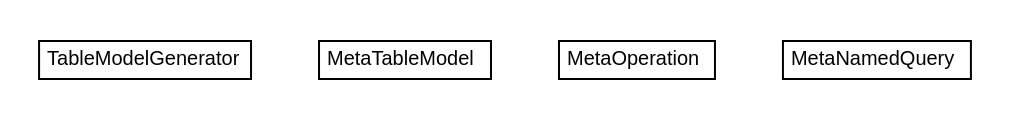
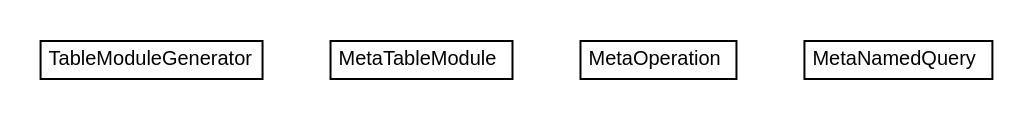
The diagram in apidocs/net/trajano/apt/jpa/internal/net.trajano.apt.jpa.internal.dot (trajano/jpa-apt), drawn with Graphviz before and after one commit. The commit also changed 71 other files, not shown here.

```diff
--- a/apidocs/net/trajano/apt/jpa/internal/net.trajano.apt.jpa.internal.dot
+++ b/apidocs/net/trajano/apt/jpa/internal/net.trajano.apt.jpa.internal.dot
@@ -1,36 +1,36 @@
 #!/usr/local/bin/dot
 #
 # Class diagram 
 # Generated by UMLGraph version R5_6-24-gf6e263 (http://www.umlgraph.org/)
 #
 
 digraph G {
 	edge [fontname="arial",fontsize=10,labelfontname="arial",labelfontsize=10];
 	node [fontname="arial",fontsize=10,shape=plaintext];
 	nodesep=0.25;
 	ranksep=0.5;
-	// net.trajano.apt.jpa.internal.TableModelGenerator
-	c6 [label=<<table title="net.trajano.apt.jpa.internal.TableModelGenerator" border="0" cellborder="1" cellspacing="0" cellpadding="2" port="p" href="./TableModelGenerator.html">
+	// net.trajano.apt.jpa.internal.TableModuleGenerator
+	c6 [label=<<table title="net.trajano.apt.jpa.internal.TableModuleGenerator" border="0" cellborder="1" cellspacing="0" cellpadding="2" port="p" href="./TableModuleGenerator.html">
 		<tr><td><table border="0" cellspacing="0" cellpadding="1">
-<tr><td align="center" balign="center"> TableModelGenerator </td></tr>
+<tr><td align="center" balign="center"> TableModuleGenerator </td></tr>
 		</table></td></tr>
-		</table>>, URL="./TableModelGenerator.html", fontname="arial", fontcolor="black", fontsize=10.0];
-	// net.trajano.apt.jpa.internal.MetaTableModel
-	c7 [label=<<table title="net.trajano.apt.jpa.internal.MetaTableModel" border="0" cellborder="1" cellspacing="0" cellpadding="2" port="p" href="./MetaTableModel.html">
+		</table>>, URL="./TableModuleGenerator.html", fontname="arial", fontcolor="black", fontsize=10.0];
+	// net.trajano.apt.jpa.internal.MetaTableModule
+	c7 [label=<<table title="net.trajano.apt.jpa.internal.MetaTableModule" border="0" cellborder="1" cellspacing="0" cellpadding="2" port="p" href="./MetaTableModule.html">
 		<tr><td><table border="0" cellspacing="0" cellpadding="1">
-<tr><td align="center" balign="center"> MetaTableModel </td></tr>
+<tr><td align="center" balign="center"> MetaTableModule </td></tr>
 		</table></td></tr>
-		</table>>, URL="./MetaTableModel.html", fontname="arial", fontcolor="black", fontsize=10.0];
+		</table>>, URL="./MetaTableModule.html", fontname="arial", fontcolor="black", fontsize=10.0];
 	// net.trajano.apt.jpa.internal.MetaOperation
 	c8 [label=<<table title="net.trajano.apt.jpa.internal.MetaOperation" border="0" cellborder="1" cellspacing="0" cellpadding="2" port="p" href="./MetaOperation.html">
 		<tr><td><table border="0" cellspacing="0" cellpadding="1">
 <tr><td align="center" balign="center"> MetaOperation </td></tr>
 		</table></td></tr>
 		</table>>, URL="./MetaOperation.html", fontname="arial", fontcolor="black", fontsize=10.0];
 	// net.trajano.apt.jpa.internal.MetaNamedQuery
 	c9 [label=<<table title="net.trajano.apt.jpa.internal.MetaNamedQuery" border="0" cellborder="1" cellspacing="0" cellpadding="2" port="p" href="./MetaNamedQuery.html">
 		<tr><td><table border="0" cellspacing="0" cellpadding="1">
 <tr><td align="center" balign="center"> MetaNamedQuery </td></tr>
 		</table></td></tr>
 		</table>>, URL="./MetaNamedQuery.html", fontname="arial", fontcolor="black", fontsize=10.0];
 }
```
